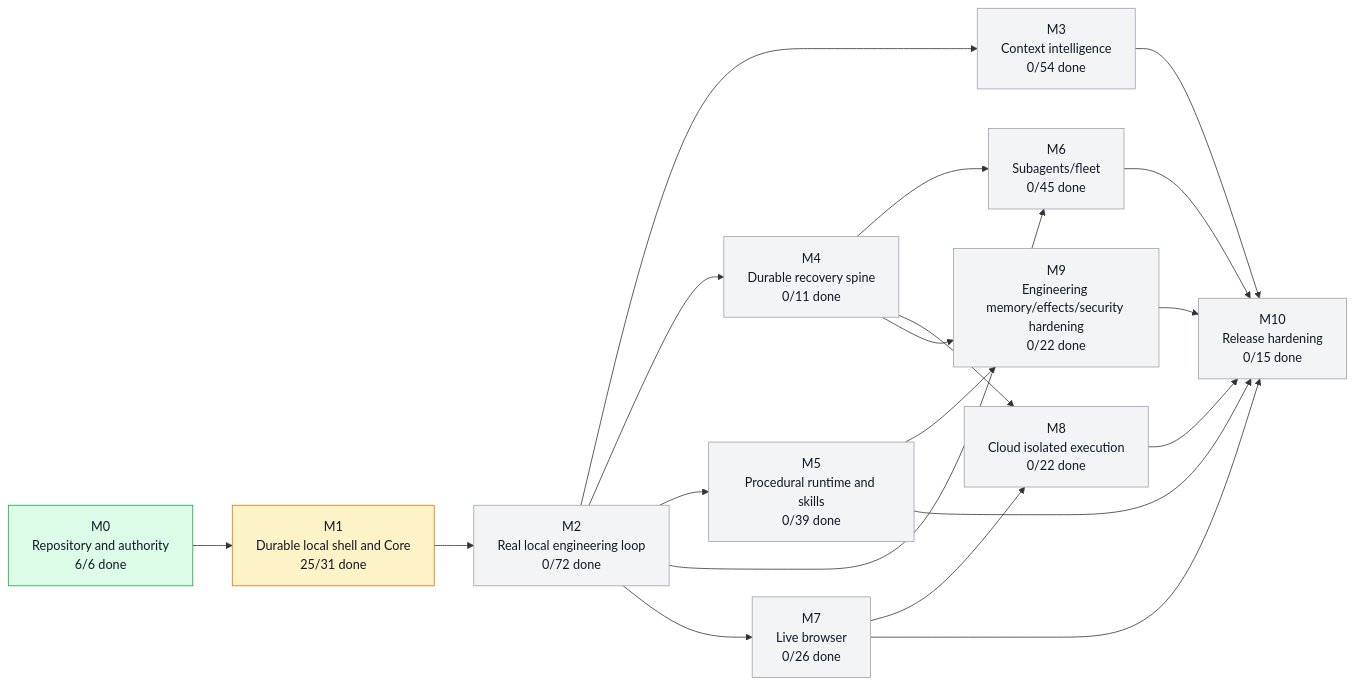
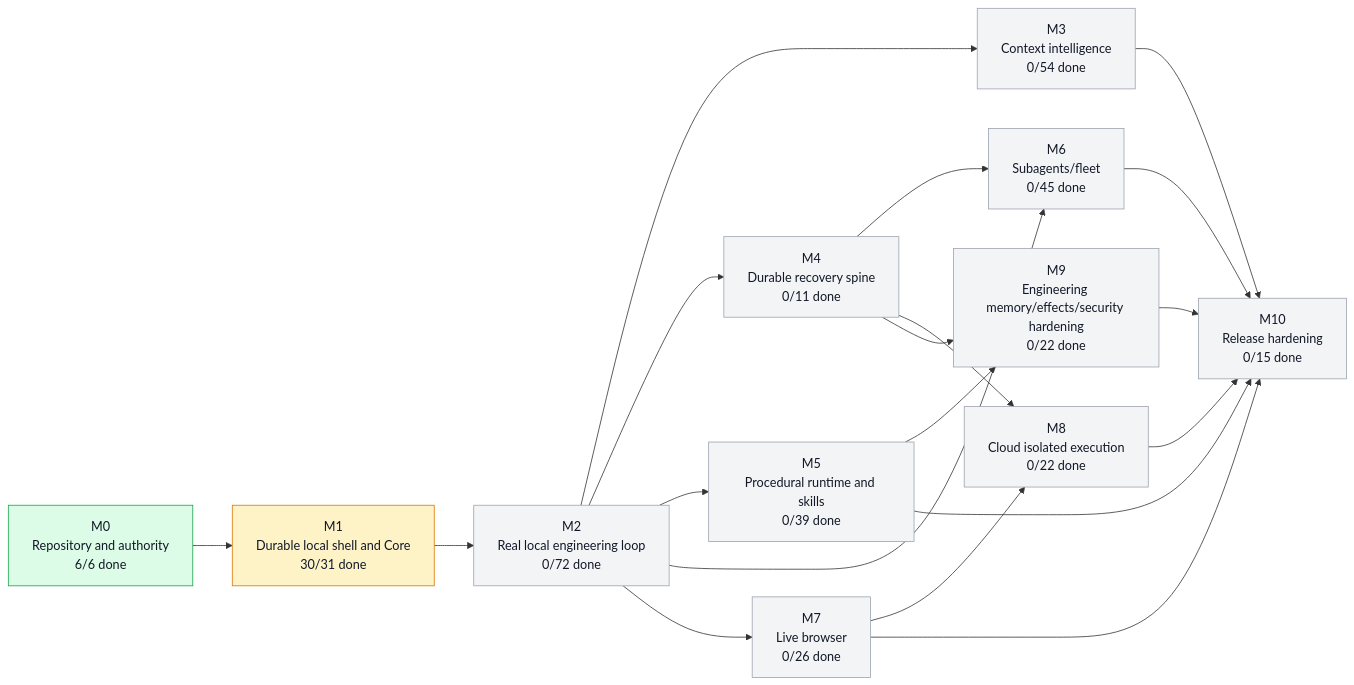
Before and after one commit to moss101/zmodbit: the first of 3 diagrams in graph/PROJECT_GRAPH.md, drawn with Mermaid. The commit also changed other lines of this file and 3 other files, not shown here.

````diff
--- a/graph/PROJECT_GRAPH.md
+++ b/graph/PROJECT_GRAPH.md
@@ -43,43 +43,43 @@
 ```mermaid
 flowchart LR
   M0["M0<br/>Repository and authority<br/>6/6 done"]
-  M1["M1<br/>Durable local shell and Core<br/>25/31 done"]
+  M1["M1<br/>Durable local shell and Core<br/>30/31 done"]
   M2["M2<br/>Real local engineering loop<br/>0/72 done"]
   M3["M3<br/>Context intelligence<br/>0/54 done"]
   M4["M4<br/>Durable recovery spine<br/>0/11 done"]
   M5["M5<br/>Procedural runtime and skills<br/>0/39 done"]
   M6["M6<br/>Subagents/fleet<br/>0/45 done"]
   M7["M7<br/>Live browser<br/>0/26 done"]
   M8["M8<br/>Cloud isolated execution<br/>0/22 done"]
   M9["M9<br/>Engineering memory/effects/security hardening<br/>0/22 done"]
   M10["M10<br/>Release hardening<br/>0/15 done"]
   M0 --> M1
   M1 --> M2
   M2 --> M3
   M2 --> M4
   M2 --> M5
   M2 --> M6
   M4 --> M6
   M2 --> M7
   M4 --> M8
   M7 --> M8
   M4 --> M9
   M5 --> M9
   M3 --> M10
   M5 --> M10
   M6 --> M10
   M7 --> M10
   M8 --> M10
   M9 --> M10
   style M0 fill:#dcfce7,stroke:#16a34a,color:#111827
   style M1 fill:#fef3c7,stroke:#d97706,color:#111827
   style M2 fill:#f3f4f6,stroke:#9ca3af,color:#111827
   style M3 fill:#f3f4f6,stroke:#9ca3af,color:#111827
   style M4 fill:#f3f4f6,stroke:#9ca3af,color:#111827
   style M5 fill:#f3f4f6,stroke:#9ca3af,color:#111827
   style M6 fill:#f3f4f6,stroke:#9ca3af,color:#111827
   style M7 fill:#f3f4f6,stroke:#9ca3af,color:#111827
   style M8 fill:#f3f4f6,stroke:#9ca3af,color:#111827
   style M9 fill:#f3f4f6,stroke:#9ca3af,color:#111827
   style M10 fill:#f3f4f6,stroke:#9ca3af,color:#111827
 ```
````
